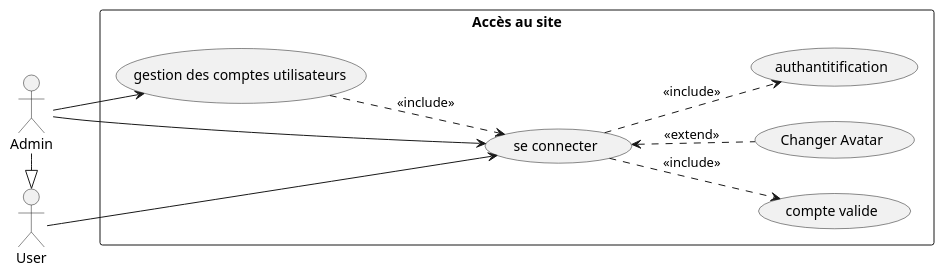
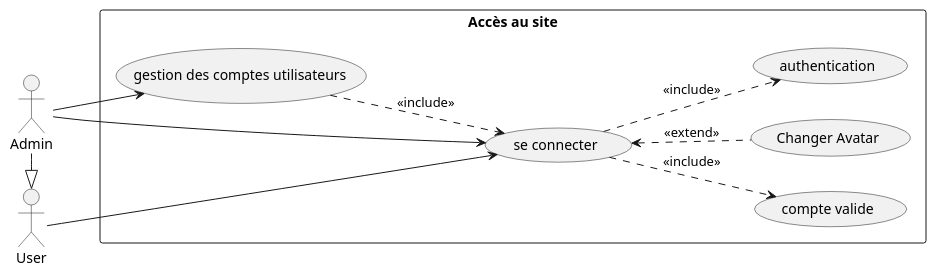
One commit to MehediT/BoutiqueLigneAudiovisuels changed the diagram in UseCase/SiteAccessUseCase.puml. Above: the diagram before and after it, drawn with PlantUML.

```diff
--- a/UseCase/SiteAccessUseCase.puml
+++ b/UseCase/SiteAccessUseCase.puml
@@ -1,25 +1,25 @@
 @startuml
 left to right direction
 actor User
 actor Admin
 rectangle "Accès au site" {
 
     usecase "compte valide" as UC2
     usecase "se connecter" as UC3
     usecase "gestion des comptes utilisateurs" as UC4
 
     usecase "Changer Avatar" as UC6
-    usecase "authantitification" as UC7
+    usecase "authentication" as UC7
 }
 Admin -|> User
 
 User --> UC3
 UC3 ..> UC2 : <<include>>
 UC3 ..> UC7 : <<include>>
 Admin --> UC3
 UC3 <.. UC6 : <<extend>>
 Admin --> UC4
 UC4 ..>UC3 : <<include>>
 
 
 @enduml
```
